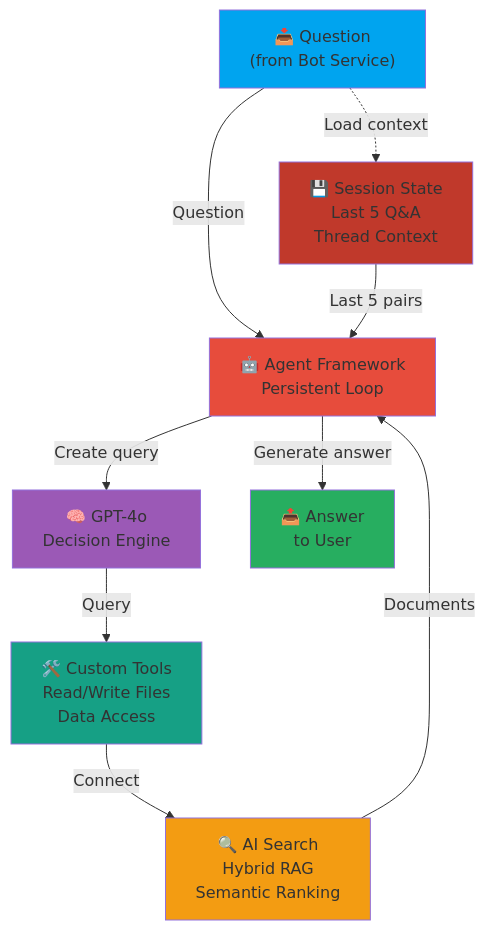
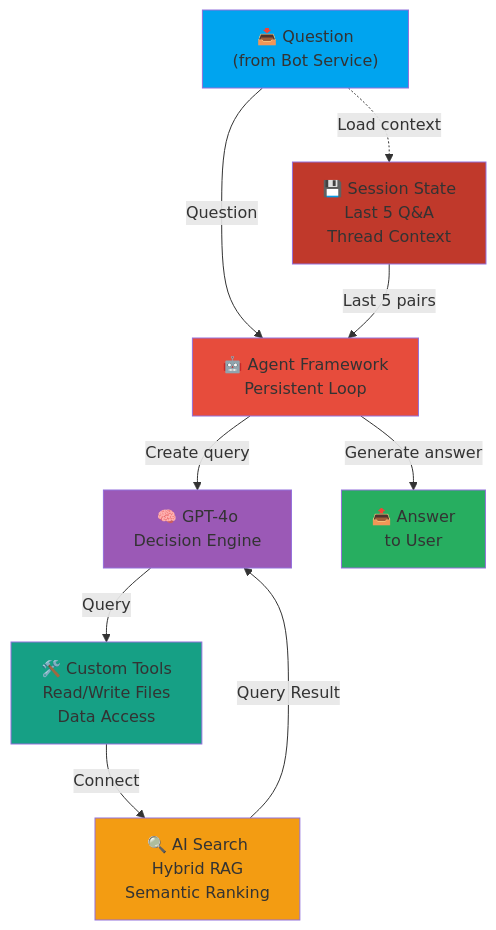
One commit to gabycb/rag-sample-copy changed the second of 3 diagrams in README.md. Above: the diagram before and after it, drawn with Mermaid.

````diff
--- a/README.md
+++ b/README.md
@@ -74,35 +74,35 @@
 ```mermaid
 graph TB
     Input["📥 Question<br/>(from Bot Service)"]
     
     SessionMgr["💾 Session State<br/>Last 5 Q&A<br/>Thread Context"]
     
     Agent["🤖 Agent Framework<br/>Persistent Loop"]
     
     LLM["🧠 GPT-4o<br/>Decision Engine"]
     
     Tools["🛠️ Custom Tools<br/>Read/Write Files<br/>Data Access"]
     
     Search["🔍 AI Search<br/>Hybrid RAG<br/>Semantic Ranking"]
     
     Output["📤 Answer<br/>to User"]
     
     Input -->|Question| Agent
     Input -.->|Load context| SessionMgr
     SessionMgr -->|Last 5 pairs| Agent
     
     Agent -->|Create query| LLM
     LLM -->|Query| Tools
     Tools -->|Connect| Search
-    Search -->|Documents| Agent
+    Search -->|Query Result| LLM
     
     Agent -->|Generate answer| Output
     
     style Input fill:#00a4ef
     style Agent fill:#e74c3c
     style LLM fill:#9b59b6
     style SessionMgr fill:#c0392b
     style Tools fill:#16a085
     style Search fill:#f39c12
     style Output fill:#27ae60
 ```
````
